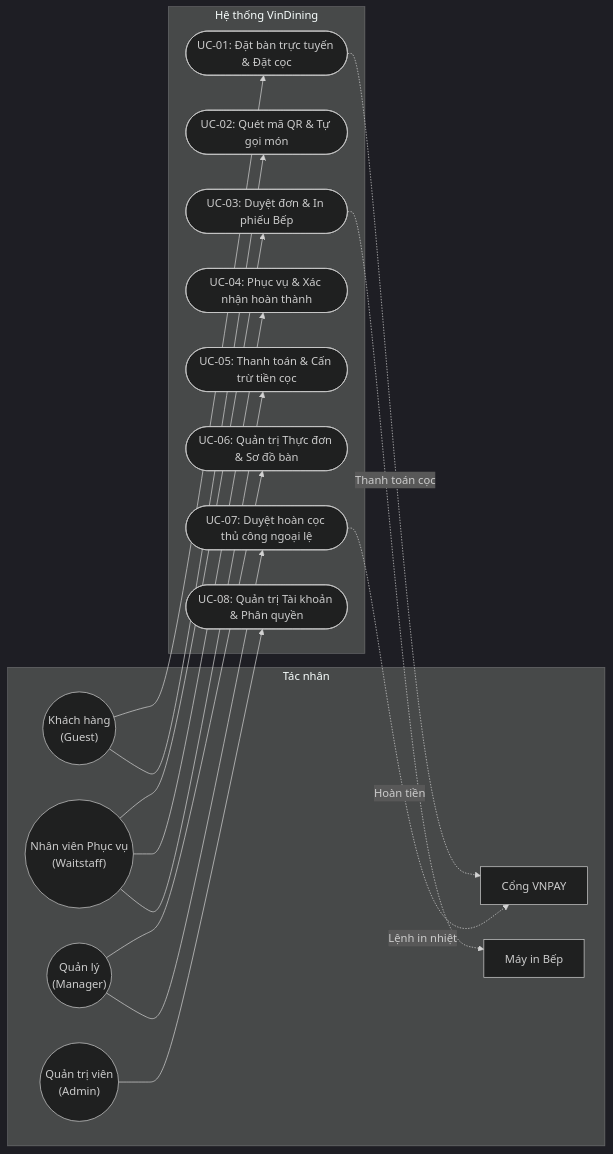
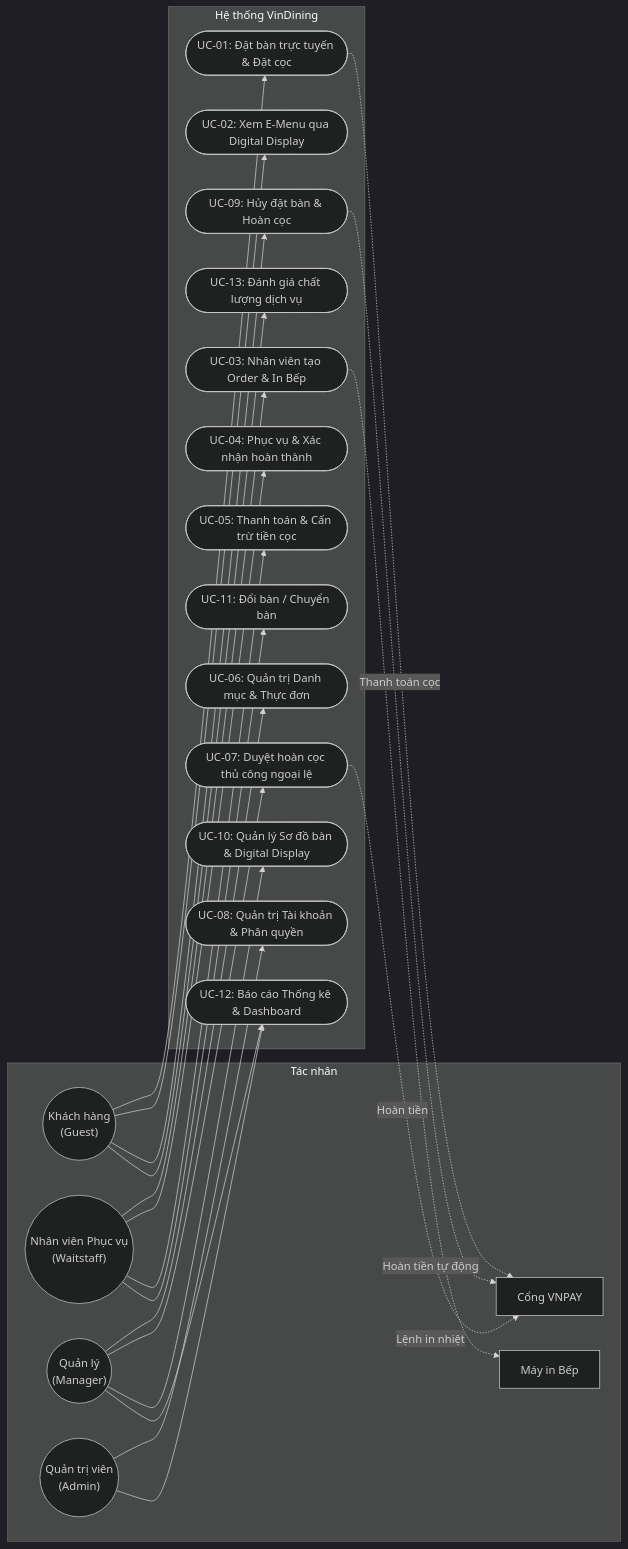
The first of 10 diagrams in docs/phase1/03_BAO_CAO_PHAN_TICH.md (AndrewQng/VinDining), drawn with Mermaid (dark theme) before and after one commit. The commit also changed other lines of this file and 3 other files, not shown here.

````diff
--- a/docs/phase1/03_BAO_CAO_PHAN_TICH.md
+++ b/docs/phase1/03_BAO_CAO_PHAN_TICH.md
@@ -64,34 +65,46 @@
 ```mermaid
 graph LR
     subgraph Actors [Tác nhân]
         Guest(("Khách hàng<br/>(Guest)"))
         Waitstaff(("Nhân viên Phục vụ<br/>(Waitstaff)"))
         Manager(("Quản lý<br/>(Manager)"))
         Admin(("Quản trị viên<br/>(Admin)"))
         VNPAY["Cổng VNPAY"]
         Printer["Máy in Bếp"]
     end
 
     subgraph System [Hệ thống VinDining]
         UC1(["UC-01: Đặt bàn trực tuyến & Đặt cọc"])
-        UC2(["UC-02: Quét mã QR & Tự gọi món"])
-        UC3(["UC-03: Duyệt đơn & In phiếu Bếp"])
+        UC2(["UC-02: Xem E-Menu qua Digital Display"])
+        UC3(["UC-03: Nhân viên tạo Order & In Bếp"])
         UC4(["UC-04: Phục vụ & Xác nhận hoàn thành"])
         UC5(["UC-05: Thanh toán & Cấn trừ tiền cọc"])
-        UC6(["UC-06: Quản trị Thực đơn & Sơ đồ bàn"])
+        UC6(["UC-06: Quản trị Danh mục & Thực đơn"])
         UC7(["UC-07: Duyệt hoàn cọc thủ công ngoại lệ"])
         UC8(["UC-08: Quản trị Tài khoản & Phân quyền"])
+        UC9(["UC-09: Hủy đặt bàn & Hoàn cọc"])
+        UC10(["UC-10: Quản lý Sơ đồ bàn & Digital Display"])
+        UC11(["UC-11: Đổi bàn / Chuyển bàn"])
+        UC12(["UC-12: Báo cáo Thống kê & Dashboard"])
+        UC13(["UC-13: Đánh giá chất lượng dịch vụ"])
     end
 
     Guest --> UC1
     UC1 -.->|Thanh toán cọc| VNPAY
     Guest --> UC2
     Waitstaff --> UC3
     UC3 -.->|Lệnh in nhiệt| Printer
     Waitstaff --> UC4
     Waitstaff --> UC5
     Manager --> UC6
     Manager --> UC7
     UC7 -.->|Hoàn tiền| VNPAY
     Admin --> UC8
+    Guest --> UC9
+    UC9 -.->|Hoàn tiền tự động| VNPAY
+    Manager --> UC10
+    Waitstaff --> UC11
+    Manager --> UC12
+    Admin --> UC12
+    Guest --> UC13
 ```
````
